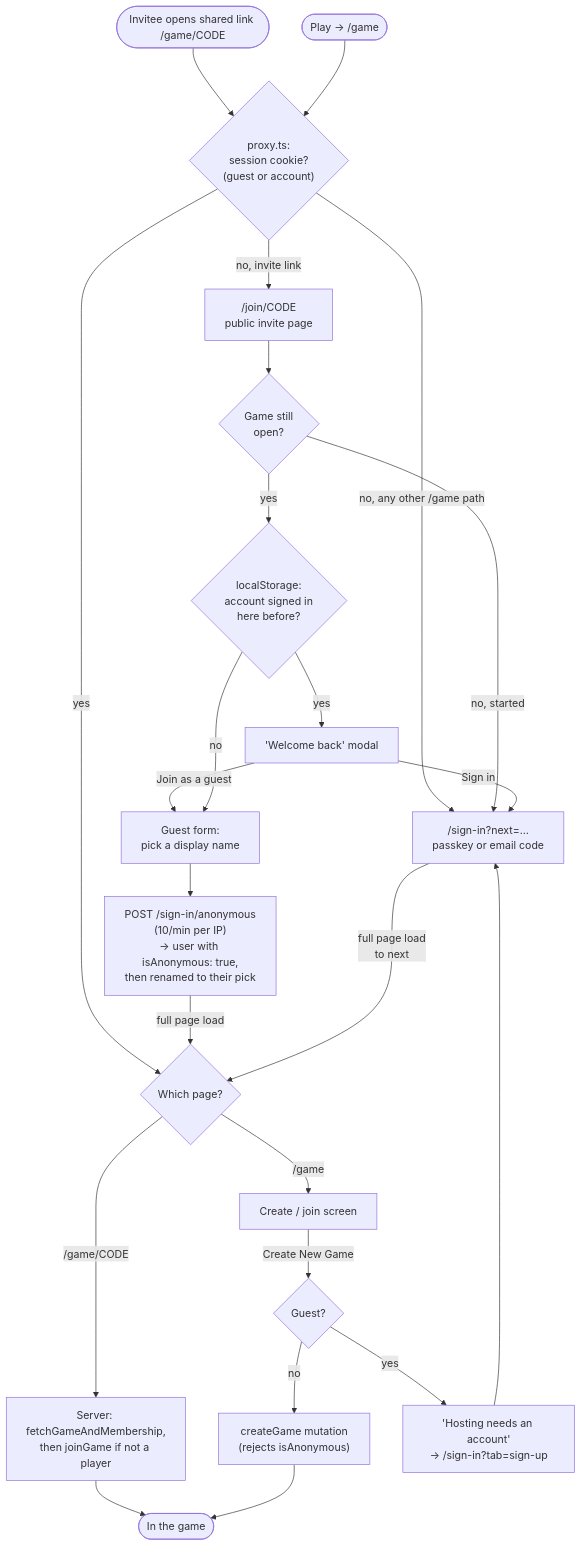
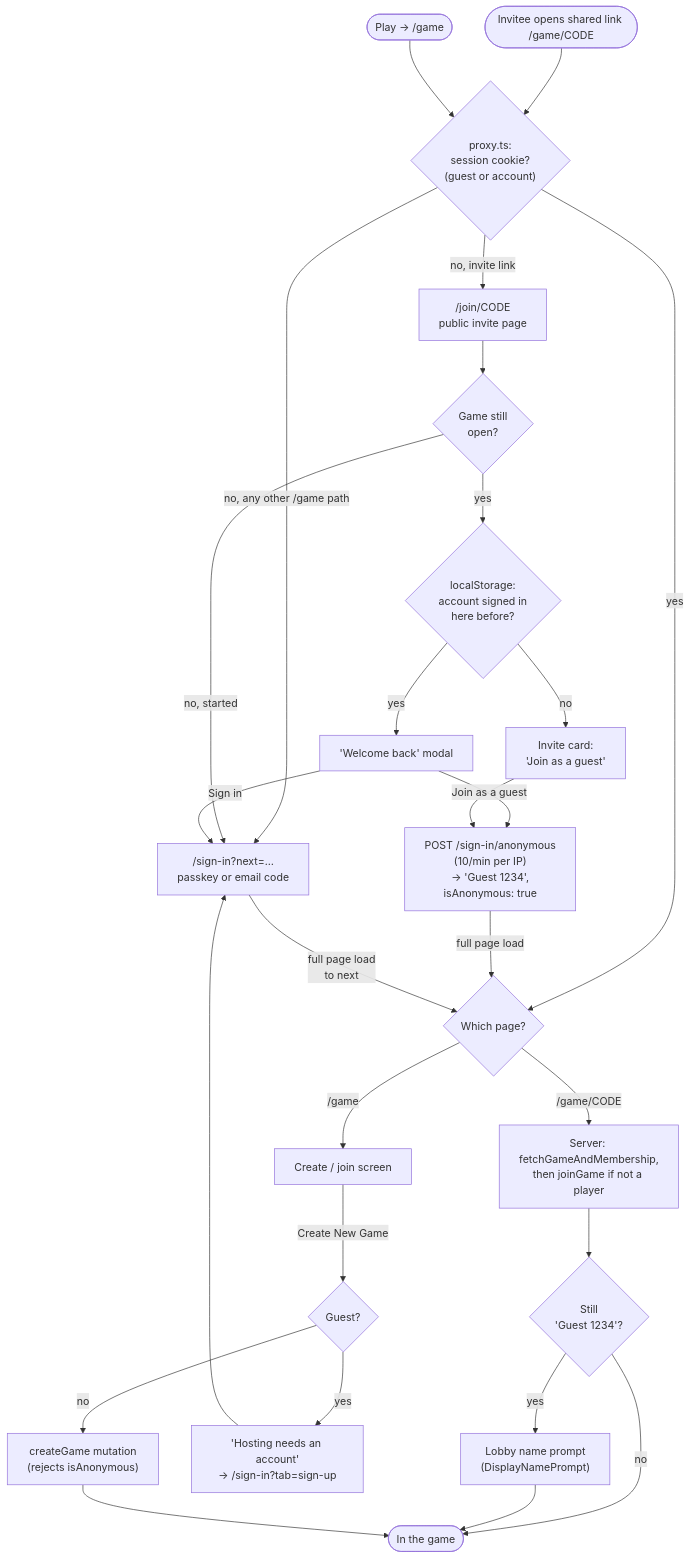
The first of 2 diagrams in README.md (g30r93g/ID-Game), drawn with Mermaid before and after one commit. The commit also changed other lines of this file and 4 other files, not shown here.

First line of the commit message:
feat(auth): guests join in one click and name themselves in the lobby

````diff
--- a/README.md
+++ b/README.md
@@ -54,31 +54,34 @@
 ```mermaid
 flowchart TD
     link(["Invitee opens shared link /game/CODE"]) --> proxy{"proxy.ts:<br/>session cookie?<br/>(guest or account)"}
     play(["Play → /game"]) --> proxy
 
     proxy -- "no, invite link" --> invite["/join/CODE<br/>public invite page"]
     proxy -- "no, any other /game path" --> signin
     proxy -- yes --> gamePage
 
     invite --> open{"Game still<br/>open?"}
     open -- "no, started" --> signin
     open -- yes --> remembered{"localStorage:<br/>account signed in<br/>here before?"}
     remembered -- yes --> modal["'Welcome back' modal"]
     modal -- "Sign in" --> signin
-    modal -- "Join as a guest" --> guestForm
-    remembered -- no --> guestForm["Guest form:<br/>pick a display name"]
-    guestForm --> anon["POST /sign-in/anonymous<br/>(10/min per IP)<br/>→ user with isAnonymous: true,<br/>then renamed to their pick"]
+    modal -- "Join as a guest" --> anon
+    remembered -- no --> guestButton["Invite card:<br/>'Join as a guest'"]
+    guestButton --> anon["POST /sign-in/anonymous<br/>(10/min per IP)<br/>→ 'Guest 1234',<br/>isAnonymous: true"]
     anon -- "full page load" --> gamePage
 
     signin["/sign-in?next=…<br/>passkey or email code"] -- "full page load<br/>to next" --> gamePage
 
     gamePage{"Which page?"}
     gamePage -- "/game/CODE" --> join["Server: fetchGameAndMembership,<br/>then joinGame if not a player"]
     gamePage -- "/game" --> lobby["Create / join screen"]
     lobby -- "Create New Game" --> isGuest{"Guest?"}
     isGuest -- no --> create["createGame mutation<br/>(rejects isAnonymous)"]
     isGuest -- yes --> upsell["'Hosting needs an account'<br/>→ /sign-in?tab=sign-up"]
     upsell --> signin
-    join --> game(["In the game"])
+    join --> named{"Still<br/>'Guest 1234'?"}
+    named -- yes --> prompt["Lobby name prompt<br/>(DisplayNamePrompt)"]
+    named -- no --> game(["In the game"])
+    prompt --> game
     create --> game
 ```
````
